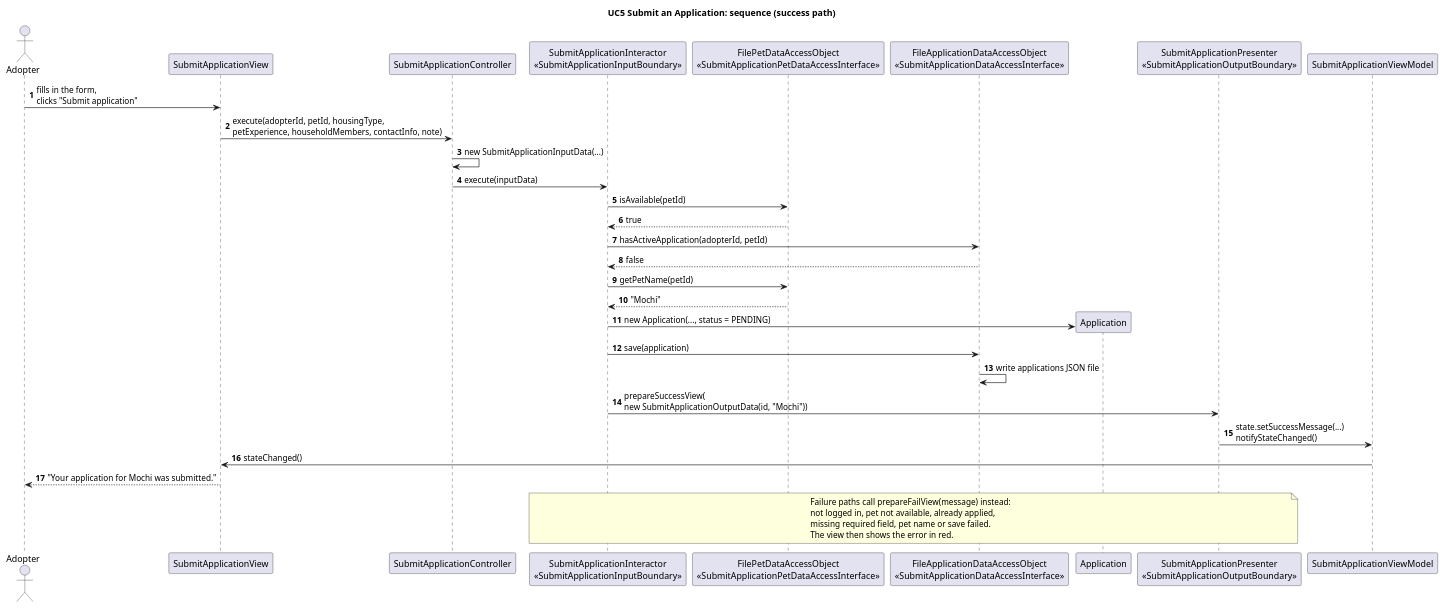
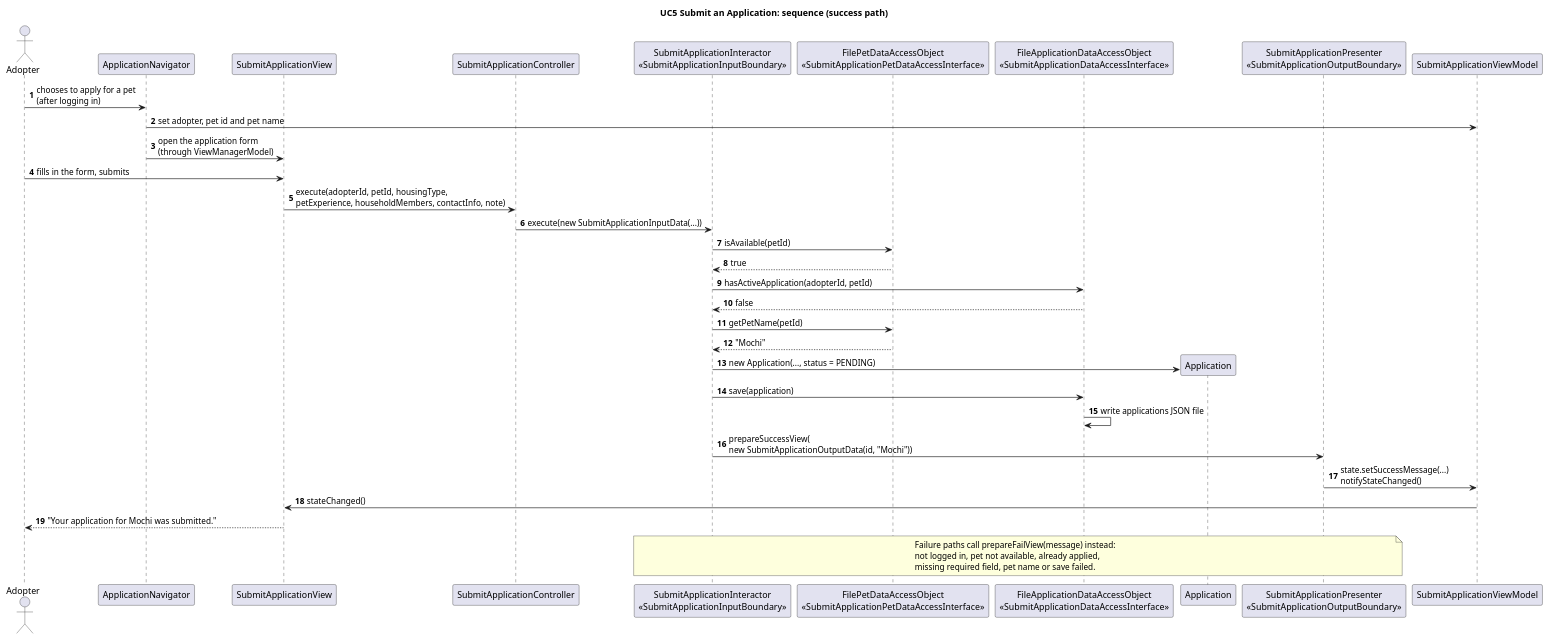
The diagram in docs/uml/seq-uc5-submit-application.puml (CSC207-2025F-UofT/team-project), drawn with PlantUML before and after one commit. The commit also changed 3 other files, not shown here.

Commit message:
update UC5 and UC6 sequence diagrams to the current app

```diff
--- a/docs/uml/seq-uc5-submit-application.puml
+++ b/docs/uml/seq-uc5-submit-application.puml
@@ -1,45 +1,47 @@
 @startuml seq-uc5-submit-application
 title UC5 Submit an Application: sequence (success path)
 
 skinparam sequenceMessageAlign left
 autonumber
 
 actor Adopter
+participant "ApplicationNavigator" as Nav
 participant "SubmitApplicationView" as View
 participant "SubmitApplicationController" as Controller
 participant "SubmitApplicationInteractor\n<<SubmitApplicationInputBoundary>>" as Interactor
 participant "FilePetDataAccessObject\n<<SubmitApplicationPetDataAccessInterface>>" as PetDAO
 participant "FileApplicationDataAccessObject\n<<SubmitApplicationDataAccessInterface>>" as AppDAO
 participant "Application" as App
 participant "SubmitApplicationPresenter\n<<SubmitApplicationOutputBoundary>>" as Presenter
 participant "SubmitApplicationViewModel" as VM
 
-Adopter -> View : fills in the form,\nclicks "Submit application"
+Adopter -> Nav : chooses to apply for a pet\n(after logging in)
+Nav -> VM : set adopter, pet id and pet name
+Nav -> View : open the application form\n(through ViewManagerModel)
+Adopter -> View : fills in the form, submits
 View -> Controller : execute(adopterId, petId, housingType,\npetExperience, householdMembers, contactInfo, note)
-Controller -> Controller : new SubmitApplicationInputData(...)
-Controller -> Interactor : execute(inputData)
+Controller -> Interactor : execute(new SubmitApplicationInputData(...))
 
 Interactor -> PetDAO : isAvailable(petId)
 PetDAO --> Interactor : true
 Interactor -> AppDAO : hasActiveApplication(adopterId, petId)
 AppDAO --> Interactor : false
 Interactor -> PetDAO : getPetName(petId)
 PetDAO --> Interactor : "Mochi"
 create App
 Interactor -> App : new Application(..., status = PENDING)
 Interactor -> AppDAO : save(application)
 AppDAO -> AppDAO : write applications JSON file
 
 Interactor -> Presenter : prepareSuccessView(\nnew SubmitApplicationOutputData(id, "Mochi"))
 Presenter -> VM : state.setSuccessMessage(...)\nnotifyStateChanged()
 VM -> View : stateChanged()
 View --> Adopter : "Your application for Mochi was submitted."
 
 note over Interactor, Presenter
   Failure paths call prepareFailView(message) instead:
   not logged in, pet not available, already applied,
   missing required field, pet name or save failed.
-  The view then shows the error in red.
 end note
 
 @enduml
```
